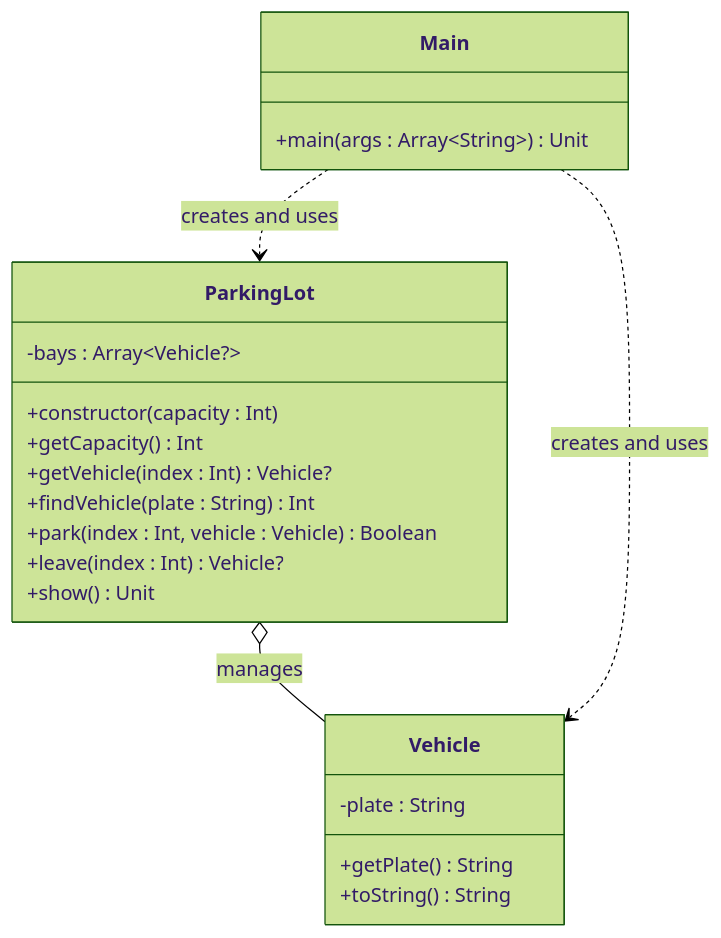
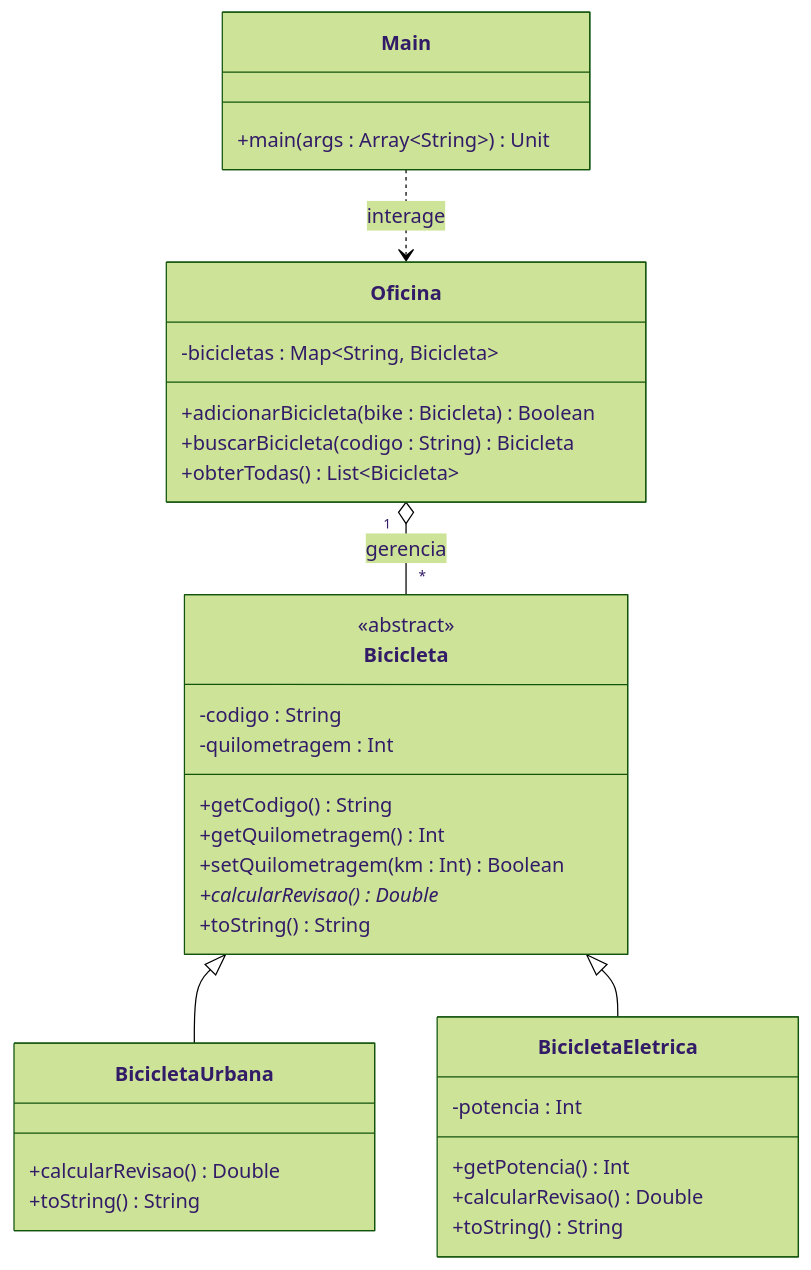
One commit to marquinvitor/Forja changed the diagram in output/Questão-06/README.md. Above: the diagram before and after it, drawn with Mermaid (forest theme). The commit also changed other lines of this file and 23 other files, not shown here.

````diff
--- a/output/Questão-06/README.md
+++ b/output/Questão-06/README.md
@@ -67,30 +69,44 @@
 ```mermaid
 %%{init: { "fontFamily": "monospace" } }%%
 classDiagram
     direction TB
 
-    class Vehicle {
-        -plate : String
-        +getPlate() String
+    class Bicicleta {
+        <<abstract>>
+        -codigo : String
+        -quilometragem : Int
+        +getCodigo() String
+        +getQuilometragem() Int
+        +setQuilometragem(km : Int) Boolean
+        +calcularRevisao()* Double
         +toString() String
     }
 
-    class ParkingLot {
-        -bays : Array~Vehicle?~
-        +constructor(capacity : Int)
-        +getCapacity() Int
-        +getVehicle(index : Int) Vehicle?
-        +findVehicle(plate : String) Int
-        +park(index : Int, vehicle : Vehicle) Boolean
-        +leave(index : Int) Vehicle?
-        +show() Unit
+    class BicicletaUrbana {
+        +calcularRevisao() Double
+        +toString() String
+    }
+
+    class BicicletaEletrica {
+        -potencia : Int
+        +getPotencia() Int
+        +calcularRevisao() Double
+        +toString() String
+    }
+
+    class Oficina {
+        -bicicletas : Map~String, Bicicleta~
+        +adicionarBicicleta(bike : Bicicleta) Boolean
+        +buscarBicicleta(codigo : String) Bicicleta
+        +obterTodas() List~Bicicleta~
     }
 
     class Main {
         +main(args : Array~String~) Unit
     }
 
-    ParkingLot o-- Vehicle : manages
-    Main ..> ParkingLot : creates and uses
-    Main ..> Vehicle : creates and uses
+    Bicicleta <|-- BicicletaUrbana
+    Bicicleta <|-- BicicletaEletrica
+    Oficina "1" o-- "*" Bicicleta : gerencia
+    Main ..> Oficina : interage
 ```
````
